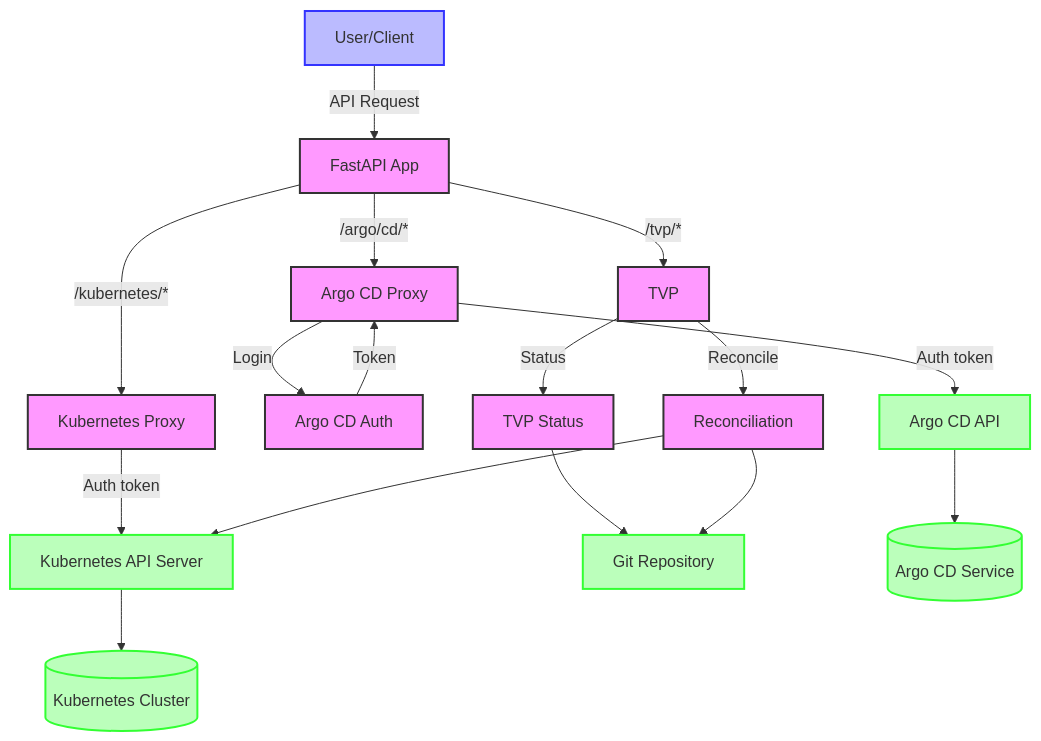
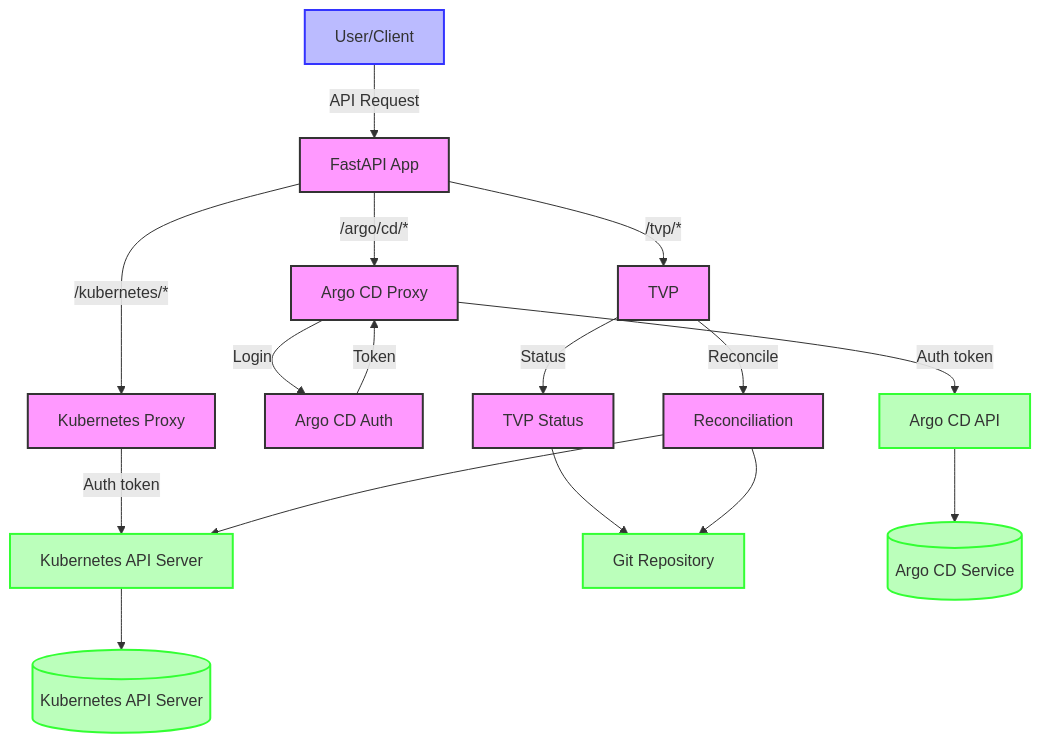
The ninth of 9 diagrams in README.md (lloydchang/tvp-k8s), drawn with Mermaid before and after one commit. The commit also changed other lines of this file and 4 other files, not shown here.

````diff
--- a/README.md
+++ b/README.md
@@ -593,32 +593,32 @@
 ```mermaid
 flowchart TD
     User[User/Client] -->|API Request| API[FastAPI App]
     
     API -->|/kubernetes/*| KP[Kubernetes Proxy]
     API -->|/argo/cd/*| AP[Argo CD Proxy]
     API -->|/tvp/*| TVP[TVP]
     
     KP -->|Auth token| KA[Kubernetes API Server]
     AP -->|Login| Auth[Argo CD Auth]
     Auth -->|Token| AP
     AP -->|Auth token| AA[Argo CD API]
     
     TVP -->|Status| TS[TVP Status]
     TVP -->|Reconcile| R[Reconciliation]
     
     TS --> Git[Git Repository]
     R --> Git
     R --> KA
     
-    KA --> Kubernetes[(Kubernetes Cluster)]
+    KA --> Kubernetes[(Kubernetes API Server)]
     AA --> ArgoCD[(Argo CD Service)]
     
     classDef user fill:#bbf,stroke:#33f,stroke-width:2px
     classDef app fill:#f9f,stroke:#333,stroke-width:2px
     classDef external fill:#bfb,stroke:#3f3,stroke-width:2px
     
     class User user
     class API,KP,AP,TVP,TS,R,Auth app
     class Kubernetes,ArgoCD,Git,KA,AA external
 
 ```
````
